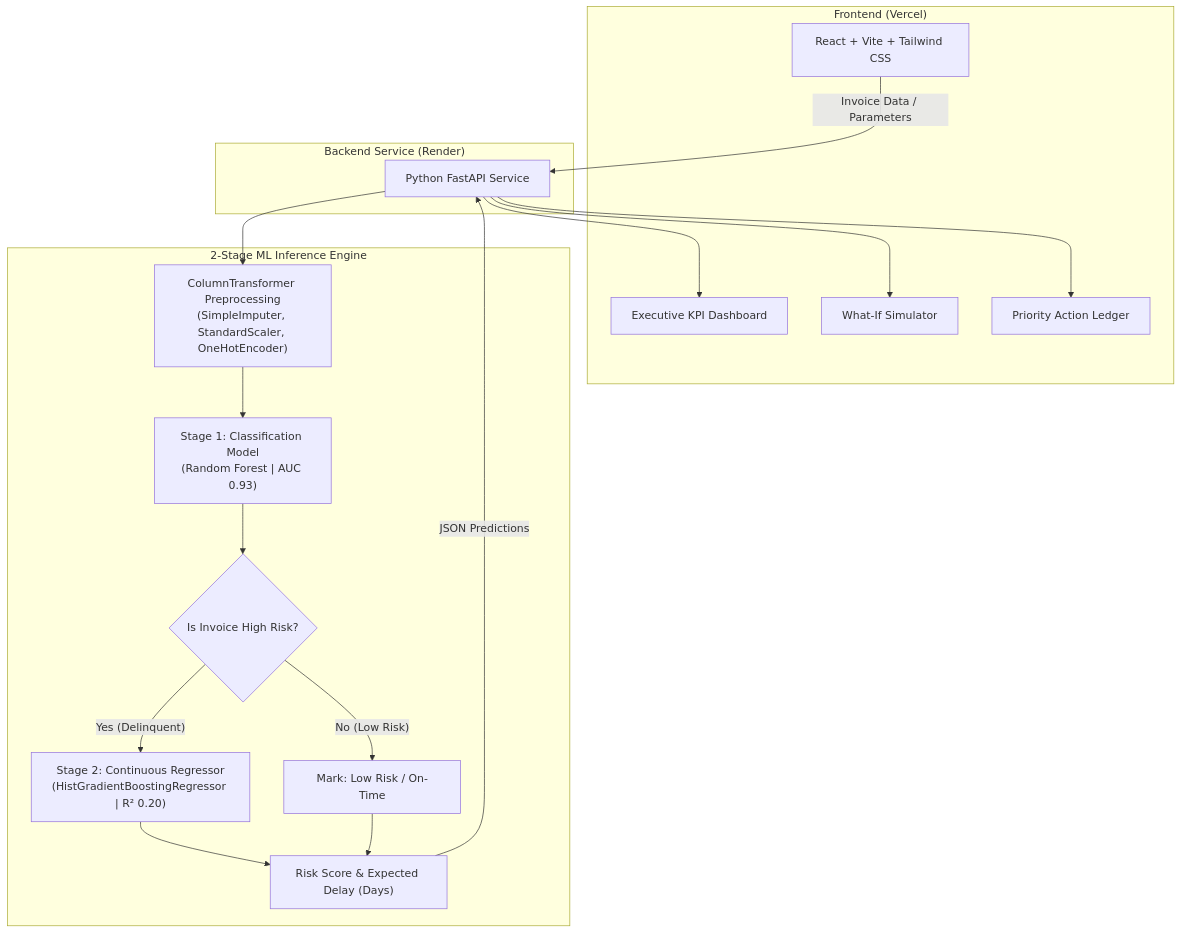
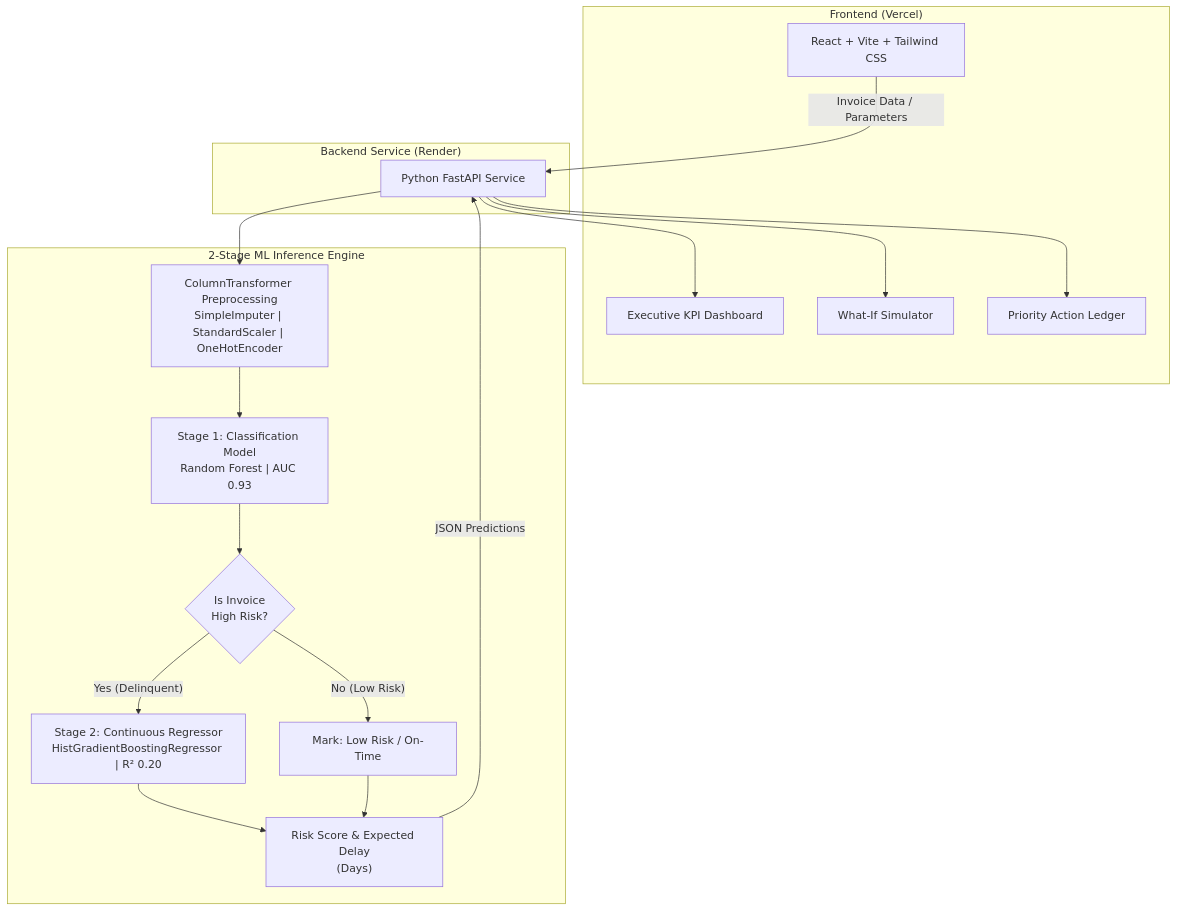
Before and after one commit to sajesh-nair/accounts_receivable: the diagram in README.md, drawn with Mermaid. The commit also changed other lines of this file, not shown here.

Commit message:
Enhance architecture flow diagram in README
Updated the architecture flow diagram for clarity.

````diff
--- a/README.md
+++ b/README.md
@@ -12,38 +11,38 @@
 ```mermaid
 flowchart TD
     subgraph Client ["Frontend (Vercel)"]
         UI["React + Vite + Tailwind CSS"]
         KPI["Executive KPI Dashboard"]
         Sim["What-If Simulator"]
         Ledger["Priority Action Ledger"]
     end
 
     subgraph API ["Backend Service (Render)"]
         FastAPI["Python FastAPI Service"]
     end
 
     subgraph Engine ["2-Stage ML Inference Engine"]
-        Preproc["ColumnTransformer Preprocessing<br/>(SimpleImputer, StandardScaler, OneHotEncoder)"]
-        Stage1["Stage 1: Classification Model<br/>(Random Forest | AUC 0.93)"]
-        Filter{"Is Invoice High Risk?"}
-        Stage2["Stage 2: Continuous Regressor<br/>(HistGradientBoostingRegressor | R² 0.20)"]
+        Preproc["ColumnTransformer Preprocessing<br/>SimpleImputer | StandardScaler | OneHotEncoder"]
+        Stage1["Stage 1: Classification Model<br/>Random Forest | AUC 0.93"]
+        Filter{"Is Invoice<br/>High Risk?"}
+        Stage2["Stage 2: Continuous Regressor<br/>HistGradientBoostingRegressor | R² 0.20"]
         OnTime["Mark: Low Risk / On-Time"]
-        Outputs["Risk Score & Expected Delay (Days)"]
+        Outputs["Risk Score & Expected Delay<br/>(Days)"]
     end
 
     UI -->|"Invoice Data / Parameters"| FastAPI
     FastAPI --> Preproc
     Preproc --> Stage1
 
     Stage1 --> Filter
     Filter -->|"No (Low Risk)"| OnTime
     Filter -->|"Yes (Delinquent)"| Stage2
 
     Stage2 --> Outputs
     OnTime --> Outputs
     Outputs -->|"JSON Predictions"| FastAPI
 
     FastAPI --> KPI
     FastAPI --> Sim
     FastAPI --> Ledger
 ```
````
